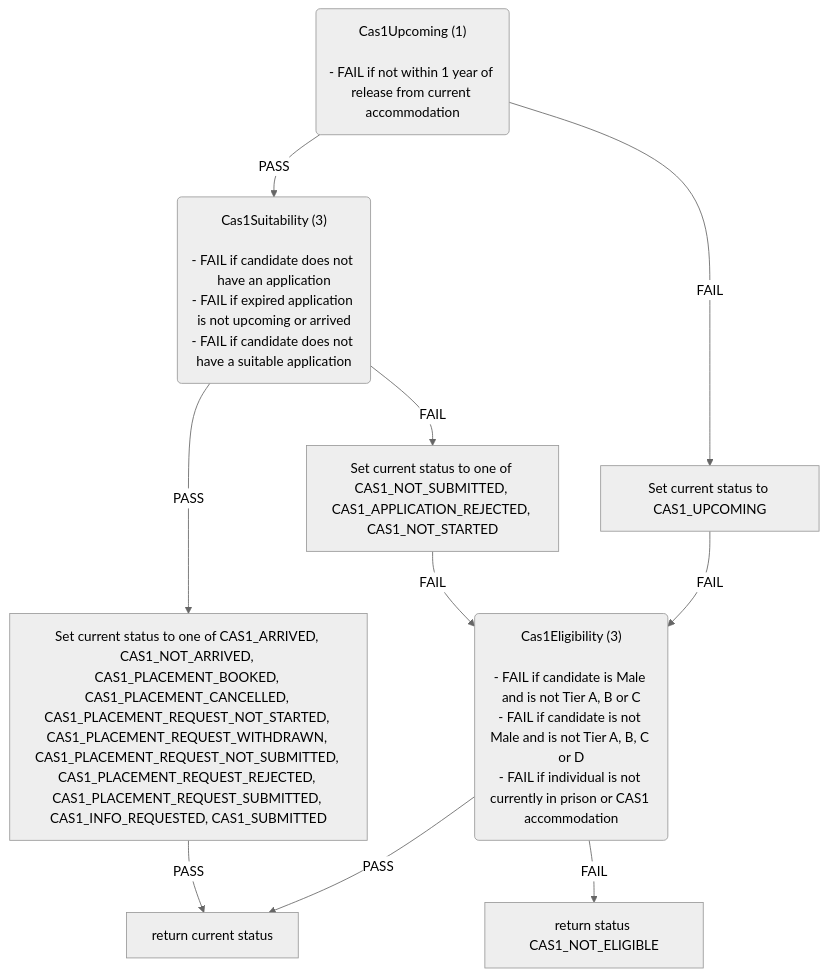
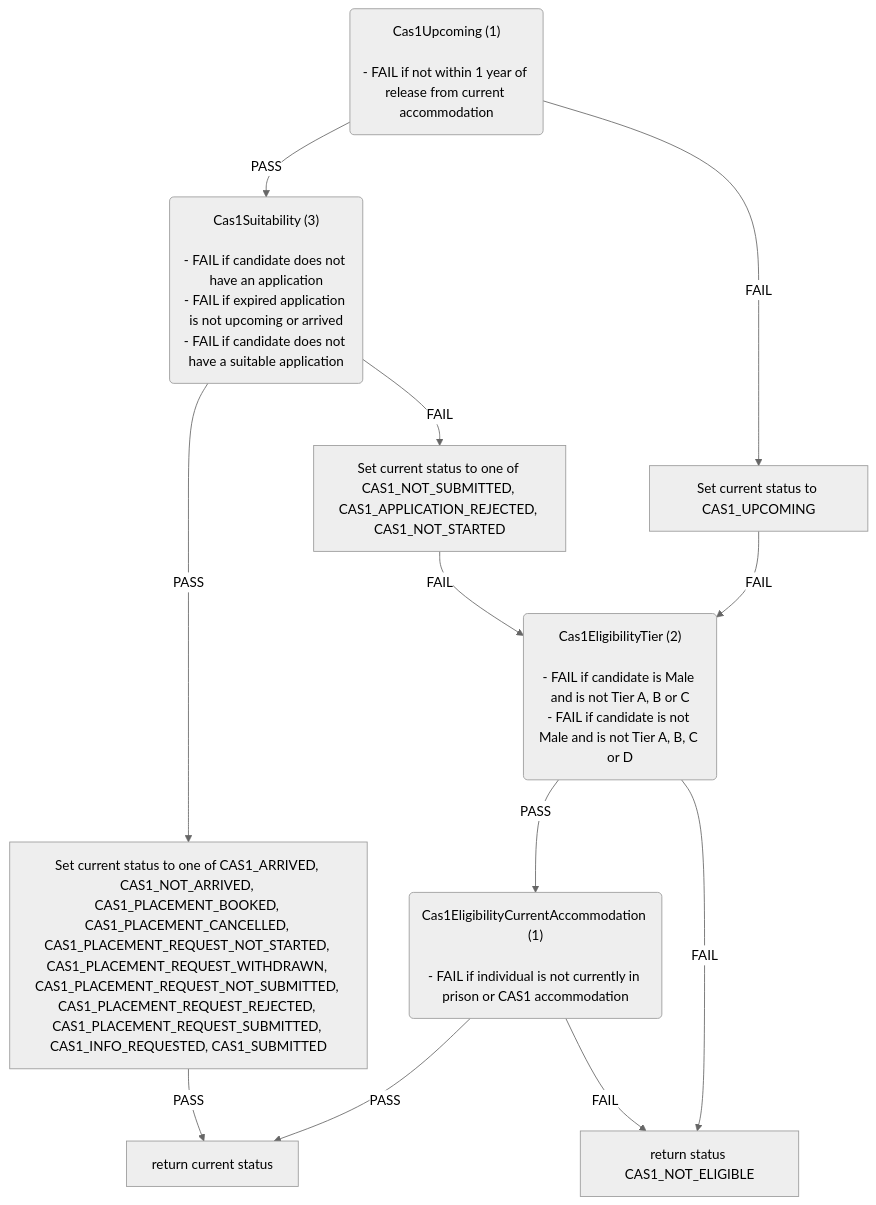
The first of 6 diagrams in docs/eligibility-rules-graph.md (ministryofjustice/hmpps-single-accommodation-service-api), drawn with Mermaid (neutral theme) before and after one commit. The commit also changed other lines of this file and 26 other files, not shown here.

````diff
--- a/docs/eligibility-rules-graph.md
+++ b/docs/eligibility-rules-graph.md
@@ -9,30 +9,34 @@
 ```mermaid
 flowchart TD
   Cas1Upcoming("Cas1Upcoming (1)
 
 - FAIL if not within 1 year of release from current accommodation")
   Cas1Suitability("Cas1Suitability (3)
 
 - FAIL if candidate does not have an application
 - FAIL if expired application is not upcoming or arrived
 - FAIL if candidate does not have a suitable application")
   Set_current_status_to_one_of_CAS1_ARRIVED__CAS1_NOT_ARRIVED__CAS1_PLACEMENT_BOOKED__CAS1_PLACEMENT_CANCELLED__CAS1_PLACEMENT_REQUEST_NOT_STARTED__CAS1_PLACEMENT_REQUEST_WITHDRAWN__CAS1_PLACEMENT_REQUEST_NOT_SUBMITTED__CAS1_PLACEMENT_REQUEST_REJECTED__CAS1_PLACEMENT_REQUEST_SUBMITTED__CAS1_INFO_REQUESTED__CAS1_SUBMITTED["Set current status to one of CAS1_ARRIVED, CAS1_NOT_ARRIVED, CAS1_PLACEMENT_BOOKED, CAS1_PLACEMENT_CANCELLED, CAS1_PLACEMENT_REQUEST_NOT_STARTED, CAS1_PLACEMENT_REQUEST_WITHDRAWN, CAS1_PLACEMENT_REQUEST_NOT_SUBMITTED, CAS1_PLACEMENT_REQUEST_REJECTED, CAS1_PLACEMENT_REQUEST_SUBMITTED, CAS1_INFO_REQUESTED, CAS1_SUBMITTED"]
   return_current_status["return current status"]
   Set_current_status_to_one_of_CAS1_NOT_SUBMITTED__CAS1_APPLICATION_REJECTED__CAS1_NOT_STARTED["Set current status to one of CAS1_NOT_SUBMITTED, CAS1_APPLICATION_REJECTED, CAS1_NOT_STARTED"]
-  Cas1Eligibility("Cas1Eligibility (3)
+  Cas1EligibilityTier("Cas1EligibilityTier (2)
 
 - FAIL if candidate is Male and is not Tier A, B or C
-- FAIL if candidate is not Male and is not Tier A, B, C or D
+- FAIL if candidate is not Male and is not Tier A, B, C or D")
+  Cas1EligibilityCurrentAccommodation("Cas1EligibilityCurrentAccommodation (1)
+
 - FAIL if individual is not currently in prison or CAS1 accommodation")
   return_status_CAS1_NOT_ELIGIBLE["return status CAS1_NOT_ELIGIBLE"]
   Set_current_status_to_CAS1_UPCOMING["Set current status to CAS1_UPCOMING"]
   Cas1Suitability -->|PASS| Set_current_status_to_one_of_CAS1_ARRIVED__CAS1_NOT_ARRIVED__CAS1_PLACEMENT_BOOKED__CAS1_PLACEMENT_CANCELLED__CAS1_PLACEMENT_REQUEST_NOT_STARTED__CAS1_PLACEMENT_REQUEST_WITHDRAWN__CAS1_PLACEMENT_REQUEST_NOT_SUBMITTED__CAS1_PLACEMENT_REQUEST_REJECTED__CAS1_PLACEMENT_REQUEST_SUBMITTED__CAS1_INFO_REQUESTED__CAS1_SUBMITTED
   Set_current_status_to_one_of_CAS1_ARRIVED__CAS1_NOT_ARRIVED__CAS1_PLACEMENT_BOOKED__CAS1_PLACEMENT_CANCELLED__CAS1_PLACEMENT_REQUEST_NOT_STARTED__CAS1_PLACEMENT_REQUEST_WITHDRAWN__CAS1_PLACEMENT_REQUEST_NOT_SUBMITTED__CAS1_PLACEMENT_REQUEST_REJECTED__CAS1_PLACEMENT_REQUEST_SUBMITTED__CAS1_INFO_REQUESTED__CAS1_SUBMITTED -->|PASS| return_current_status
   Cas1Suitability -->|FAIL| Set_current_status_to_one_of_CAS1_NOT_SUBMITTED__CAS1_APPLICATION_REJECTED__CAS1_NOT_STARTED
-  Cas1Eligibility -->|PASS| return_current_status
-  Cas1Eligibility -->|FAIL| return_status_CAS1_NOT_ELIGIBLE
-  Set_current_status_to_one_of_CAS1_NOT_SUBMITTED__CAS1_APPLICATION_REJECTED__CAS1_NOT_STARTED -->|FAIL| Cas1Eligibility
+  Cas1EligibilityCurrentAccommodation -->|PASS| return_current_status
+  Cas1EligibilityCurrentAccommodation -->|FAIL| return_status_CAS1_NOT_ELIGIBLE
+  Cas1EligibilityTier -->|PASS| Cas1EligibilityCurrentAccommodation
+  Cas1EligibilityTier -->|FAIL| return_status_CAS1_NOT_ELIGIBLE
+  Set_current_status_to_one_of_CAS1_NOT_SUBMITTED__CAS1_APPLICATION_REJECTED__CAS1_NOT_STARTED -->|FAIL| Cas1EligibilityTier
   Cas1Upcoming -->|PASS| Cas1Suitability
   Cas1Upcoming -->|FAIL| Set_current_status_to_CAS1_UPCOMING
-  Set_current_status_to_CAS1_UPCOMING -->|FAIL| Cas1Eligibility
+  Set_current_status_to_CAS1_UPCOMING -->|FAIL| Cas1EligibilityTier
 ```
````
